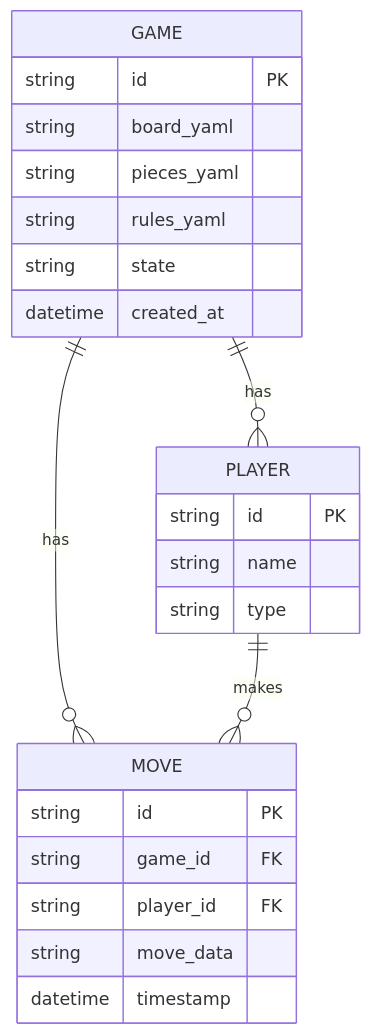
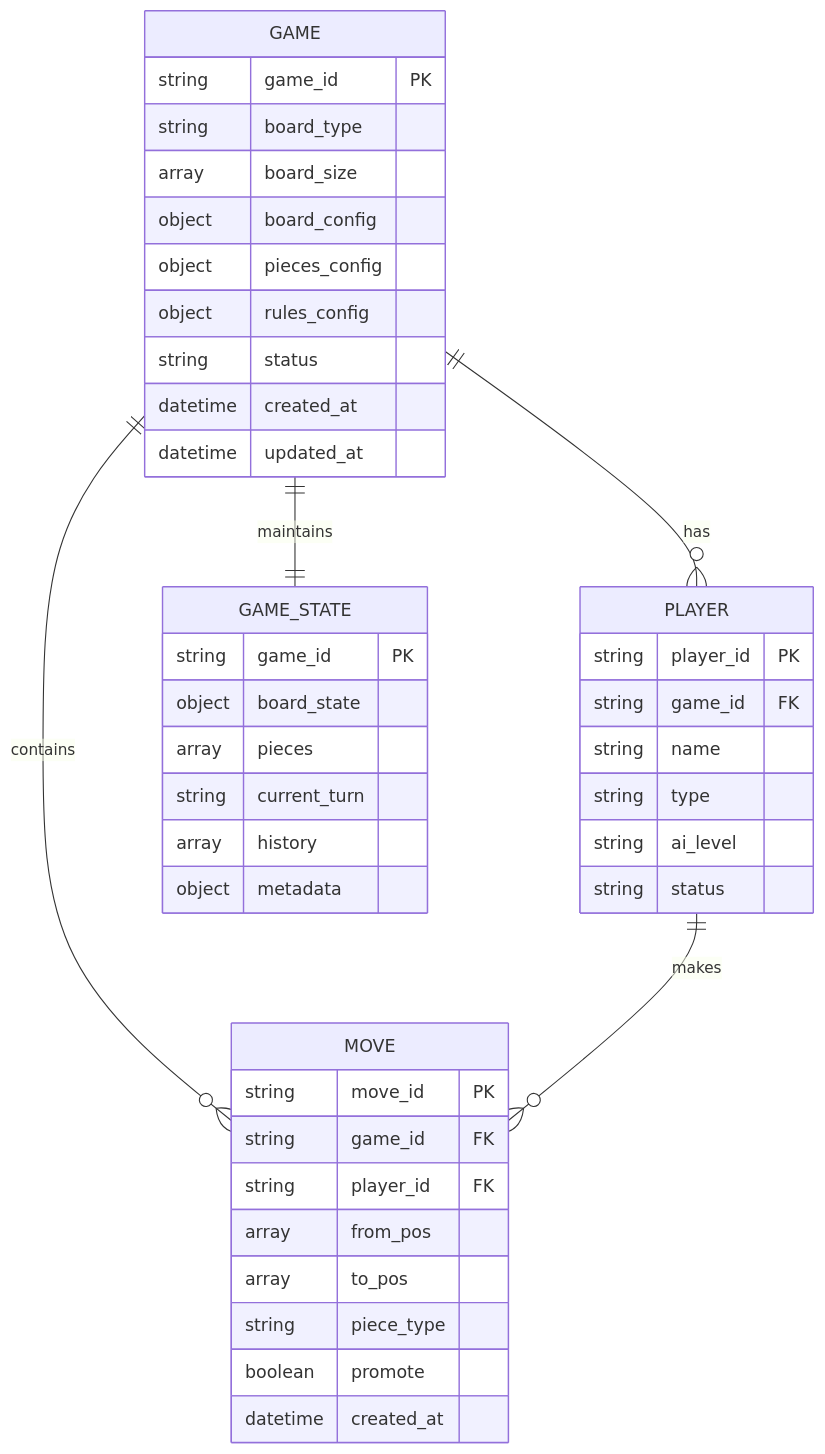
One commit to ikokeba/FelxiBoard changed the fourth of 5 diagrams in specifications/02_system_architecture.md. Above: the diagram before and after it, drawn with Mermaid. The commit also changed other lines of this file and 6 other files, not shown here.

````diff
--- a/specifications/02_system_architecture.md
+++ b/specifications/02_system_architecture.md
@@ -54,26 +140,48 @@
 ```mermaid
 erDiagram
-  GAME {
-    string id PK
-    string board_yaml
-    string pieces_yaml
-    string rules_yaml
-    string state
-    datetime created_at
-  }
-  PLAYER {
-    string id PK
-    string name
-    string type
-  }
-  MOVE {
-    string id PK
-    string game_id FK
-    string player_id FK
-    string move_data
-    datetime timestamp
-  }
-  GAME ||--o{ PLAYER : has
-  GAME ||--o{ MOVE : has
-  PLAYER ||--o{ MOVE : makes
+    GAME {
+        string game_id PK
+        string board_type
+        array board_size
+        object board_config
+        object pieces_config
+        object rules_config
+        string status
+        datetime created_at
+        datetime updated_at
+    }
+    
+    PLAYER {
+        string player_id PK
+        string game_id FK
+        string name
+        string type
+        string ai_level
+        string status
+    }
+    
+    MOVE {
+        string move_id PK
+        string game_id FK
+        string player_id FK
+        array from_pos
+        array to_pos
+        string piece_type
+        boolean promote
+        datetime created_at
+    }
+    
+    GAME_STATE {
+        string game_id PK
+        object board_state
+        array pieces
+        string current_turn
+        array history
+        object metadata
+    }
+    
+    GAME ||--o{ PLAYER : "has"
+    GAME ||--o{ MOVE : "contains"
+    GAME ||--|| GAME_STATE : "maintains"
+    PLAYER ||--o{ MOVE : "makes"
 ```
````
